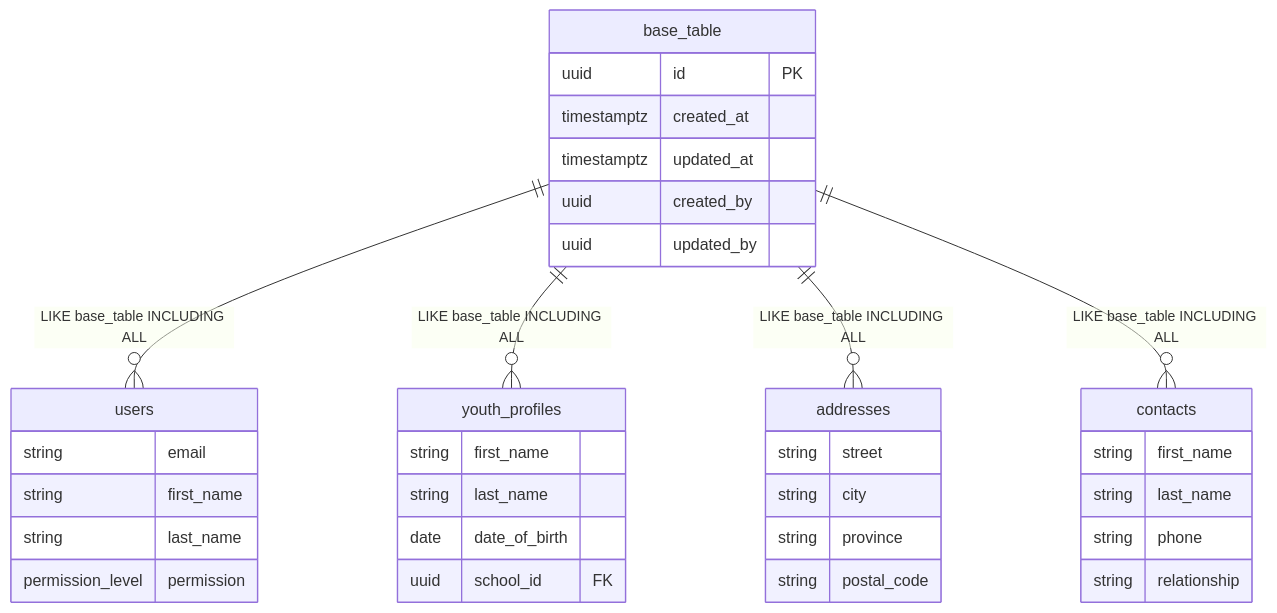
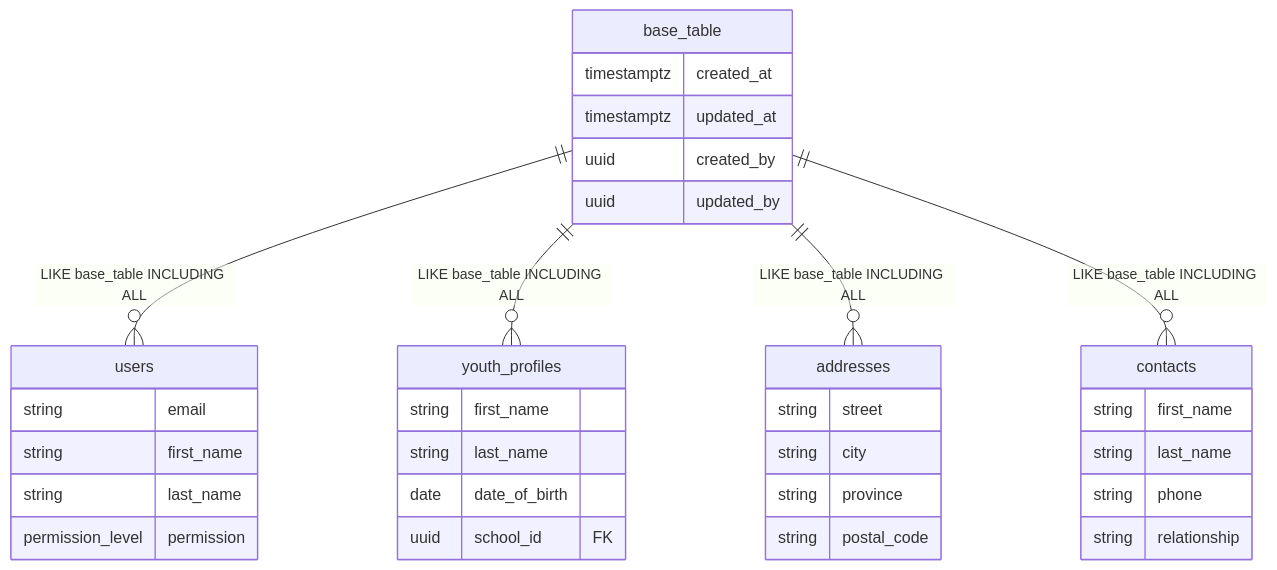
Before and after one commit to shin0bi21/program-management-app: the second of 2 diagrams in backend/docs/db.md, drawn with Mermaid. The commit also changed other lines of this file and 16 other files, not shown here.

````diff
--- a/backend/docs/db.md
+++ b/backend/docs/db.md
@@ -248,38 +246,37 @@
 ```mermaid
 erDiagram
     base_table {
-        uuid id PK
         timestamptz created_at
         timestamptz updated_at
         uuid created_by
         uuid updated_by
     }
     users {
         string email
         string first_name
         string last_name
         permission_level permission
     }
     youth_profiles {
         string first_name
         string last_name
         date date_of_birth
         uuid school_id FK
     }
     addresses {
         string street
         string city
         string province
         string postal_code
     }
     contacts {
         string first_name
         string last_name
         string phone
         string relationship
     }
     base_table ||--o{ users : "LIKE base_table INCLUDING ALL"
     base_table ||--o{ youth_profiles : "LIKE base_table INCLUDING ALL"
     base_table ||--o{ addresses : "LIKE base_table INCLUDING ALL"
     base_table ||--o{ contacts : "LIKE base_table INCLUDING ALL"
 ```
````
